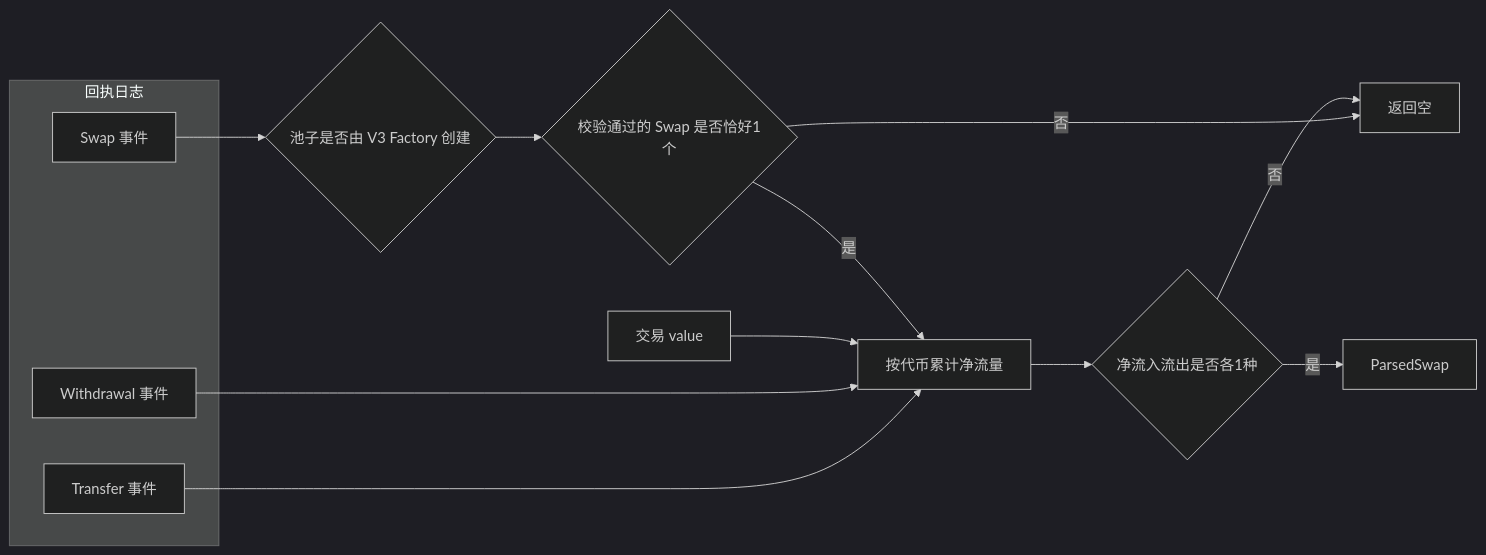
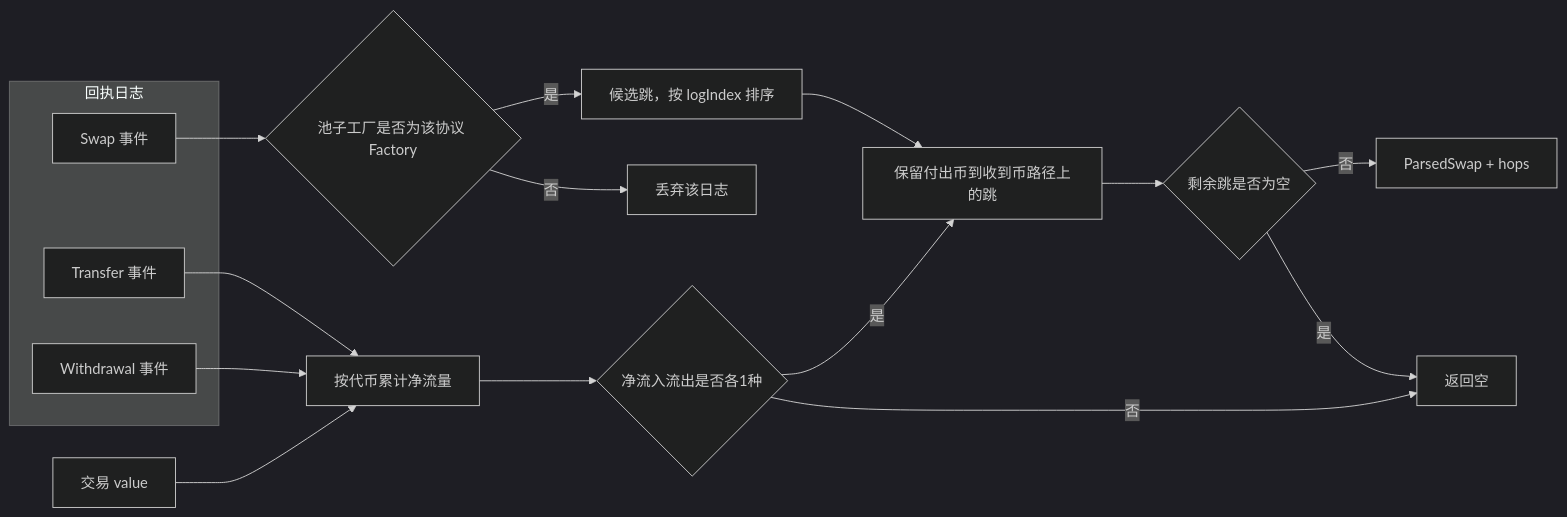
The eighth of 8 diagrams in docs/chain-package.md (zhangjw1/anchor), drawn with Mermaid (dark theme) before and after one commit. The commit also changed other lines of this file and 73 other files, not shown here.

````diff
--- a/docs/chain-package.md
+++ b/docs/chain-package.md
@@ -253,19 +260,22 @@
 ```mermaid
 flowchart LR
     subgraph logs [回执日志]
         S[Swap 事件]
         T[Transfer 事件]
         W[Withdrawal 事件]
     end
     V[交易 value]
-    S --> S1{池子是否由 V3 Factory 创建}
-    S1 --> S2{校验通过的 Swap 是否恰好1个}
+    S --> S1{池子工厂是否为该协议 Factory}
+    S1 -->|否| X[丢弃该日志]
+    S1 -->|是| H[候选跳，按 logIndex 排序]
     T --> N[按代币累计净流量]
     W --> N
     V --> N
-    S2 -->|是| N
-    S2 -->|否| Z[返回空]
     N --> M{净流入流出是否各1种}
-    M -->|否| Z
-    M -->|是| P[ParsedSwap]
+    M -->|否| Z[返回空]
+    M -->|是| R[保留付出币到收到币路径上的跳]
+    H --> R
+    R --> E{剩余跳是否为空}
+    E -->|是| Z
+    E -->|否| P[ParsedSwap + hops]
 ```
````
